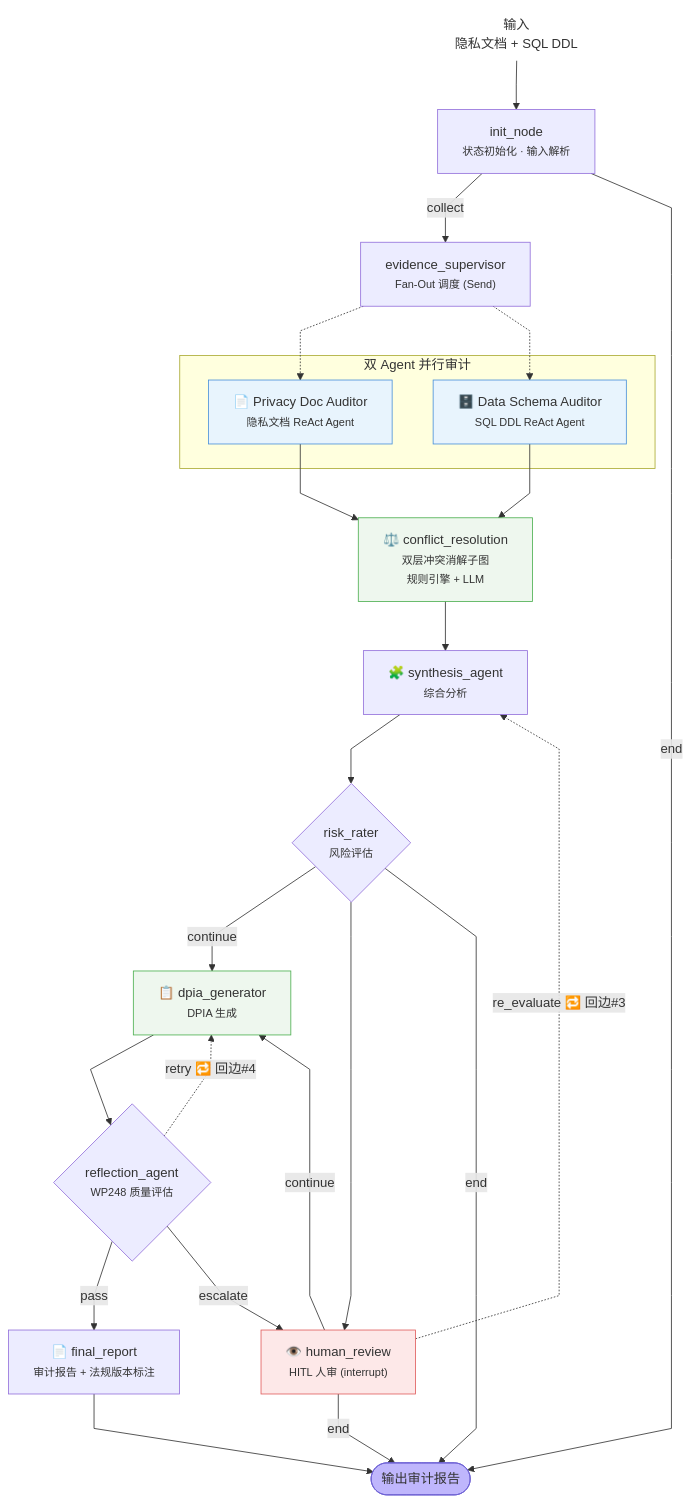
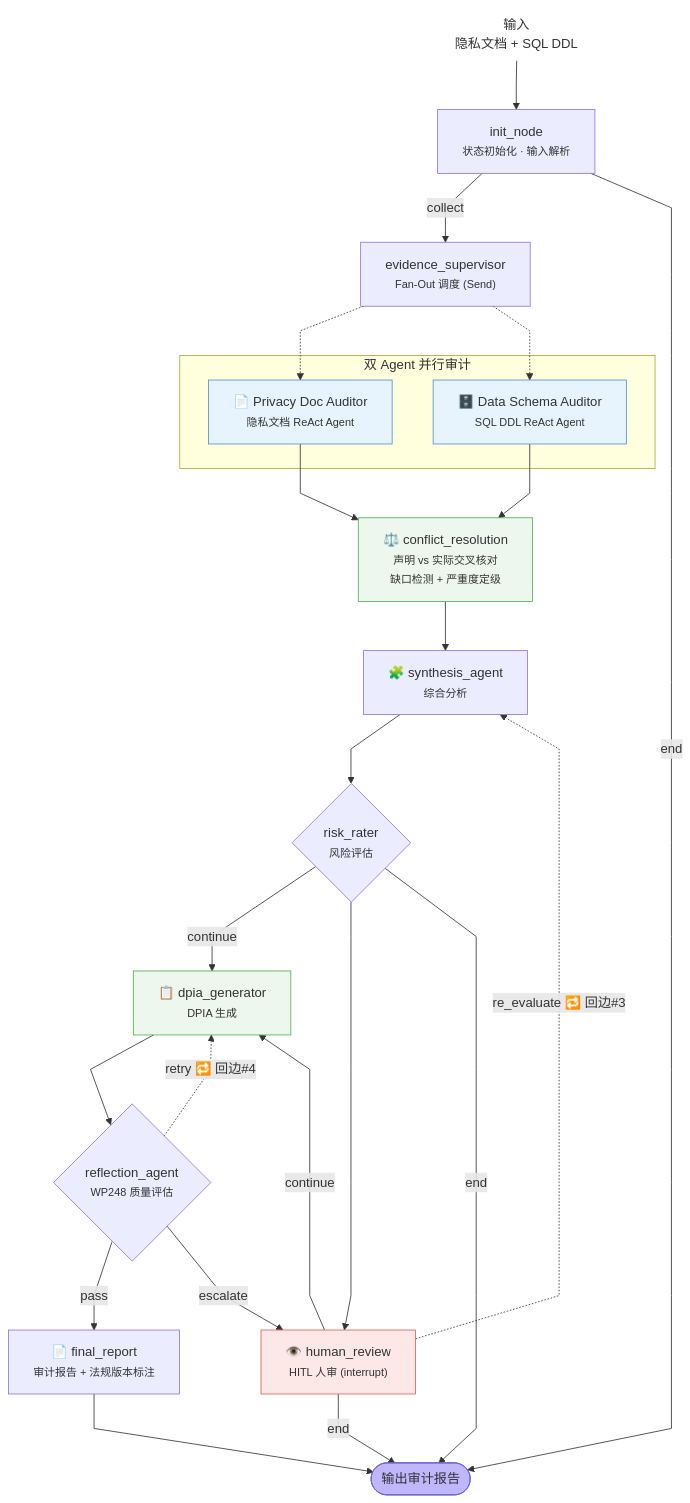
Before and after one commit to i-KW/AI-Compliance-Audit-Agent: the diagram in README.md, drawn with Mermaid. The commit also changed other lines of this file, not shown here.

First line of the commit message:
docs: reframe 'conflict resolution' as declared-vs-actual gap cross-checking in README

````diff
--- a/README.md
+++ b/README.md
@@ -81,81 +81,81 @@
 ```mermaid
 ---
 config:
   flowchart:
     curve: linear
     nodeSpacing: 50
     rankSpacing: 60
 ---
 graph TD
     __start__([输入<br/>隐私文档 + SQL DDL])
 
     %% ═══════ 阶段 1: 初始化 + Fan-Out ═══════
     init_node["init_node<br/><small>状态初始化 · 输入解析</small>"]
     evidence_supervisor["evidence_supervisor<br/><small>Fan-Out 调度 (Send)</small>"]
 
     subgraph AGENTS [双 Agent 并行审计]
         privacy_doc_auditor["📄 Privacy Doc Auditor<br/><small>隐私文档 ReAct Agent</small>"]
         data_schema_auditor["🗄️ Data Schema Auditor<br/><small>SQL DDL ReAct Agent</small>"]
     end
 
-    %% ═══════ 阶段 2: 冲突消解 ═══════
-    conflict_resolution["⚖️ conflict_resolution<br/><small>双层冲突消解子图<br/>规则引擎 + LLM</small>"]
+    %% ═══════ 阶段 2: 声明 vs 实际交叉核对 ═══════
+    conflict_resolution["⚖️ conflict_resolution<br/><small>声明 vs 实际交叉核对<br/>缺口检测 + 严重度定级</small>"]
 
     %% ═══════ 阶段 3: 综合分析 + 风险 ═══════
     synthesis_agent["🧩 synthesis_agent<br/><small>综合分析</small>"]
     risk_rater{"risk_rater<br/><small>风险评估</small>"}
 
     %% ═══════ 阶段 4: HITL + DPIA ═══════
     human_review["👁️ human_review<br/><small>HITL 人审 (interrupt)</small>"]
     dpia_generator["📋 dpia_generator<br/><small>DPIA 生成</small>"]
     reflection_agent{"reflection_agent<br/><small>WP248 质量评估</small>"}
 
     final_report["📄 final_report<br/><small>审计报告 + 法规版本标注</small>"]
     __end__([输出审计报告])
 
     %% ─────── 主流程边 ───────
     __start__ --> init_node
     init_node -- collect --> evidence_supervisor
     init_node -- end --> __end__
 
     %% Fan-Out (Send)
     evidence_supervisor -.-> privacy_doc_auditor
     evidence_supervisor -.-> data_schema_auditor
 
     privacy_doc_auditor --> conflict_resolution
     data_schema_auditor --> conflict_resolution
     conflict_resolution --> synthesis_agent
     synthesis_agent --> risk_rater
 
     %% risk_rater 路由
     risk_rater -- continue --> dpia_generator
     risk_rater --> human_review
     risk_rater -- end --> __end__
 
     %% HITL 路由 (循环回边 #3)
     human_review -- continue --> dpia_generator
     human_review -. "re_evaluate 🔁 回边#3" .-> synthesis_agent
     human_review -- end --> __end__
 
     %% DPIA 质量评估 (循环回边 #4)
     dpia_generator --> reflection_agent
     reflection_agent -- pass --> final_report
     reflection_agent -. "retry 🔁 回边#4" .-> dpia_generator
     reflection_agent -- escalate --> human_review
 
     final_report --> __end__
 
     %% ─────── 样式：高亮 4 条循环回边 ───────
     classDef first fill:#fff,stroke:none
     classDef last fill:#bfb6fc,stroke:#6b5fd3
     classDef agent fill:#e8f4fd,stroke:#4a90d9
     classDef loop fill:#fff4e6,stroke:#ff8c00
     classDef hitl fill:#fde8e8,stroke:#e05d5d
     classDef engine fill:#eef7ee,stroke:#4caf50
 
     class __start__ first
     class __end__ last
     class privacy_doc_auditor,data_schema_auditor agent
     class human_review hitl
     class conflict_resolution,dpia_generator engine
 ```
````
